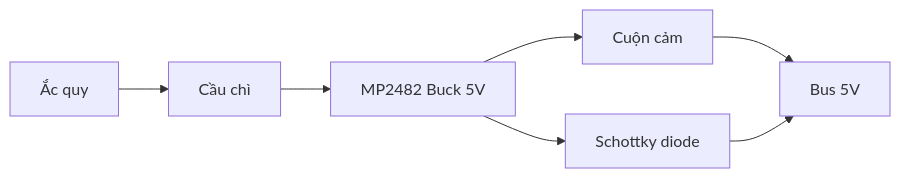
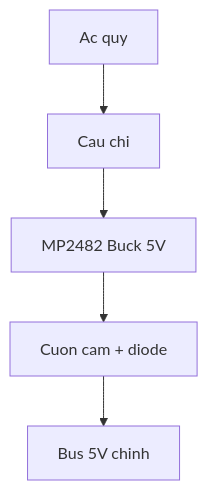
One commit to anmh1205/IoT_Vehicle_Tracking_System changed the diagram in resources/reports/thesis/final/assets/uml/07-chuong-4-trien-khai-hardware-hinh-4-7.mmd. Above: the diagram before and after it, drawn with Mermaid. The commit also changed 705 other files, not shown here.

```diff
--- a/resources/reports/thesis/final/assets/uml/07-chuong-4-trien-khai-hardware-hinh-4-7.mmd
+++ b/resources/reports/thesis/final/assets/uml/07-chuong-4-trien-khai-hardware-hinh-4-7.mmd
@@ -1,7 +1,5 @@
-flowchart LR
-    Vin["Ắc quy"] --> Fuse["Cầu chì"]
+flowchart TB
+    Vin["Ac quy"] --> Fuse["Cau chi"]
     Fuse --> Buck["MP2482 Buck 5V"]
-    Buck --> L["Cuộn cảm"]
-    L --> Vout["Bus 5V"]
-    Buck --> D["Schottky diode"]
-    D --> Vout
+    Buck --> Filter["Cuon cam + diode"]
+    Filter --> Vout["Bus 5V chinh"]
```
